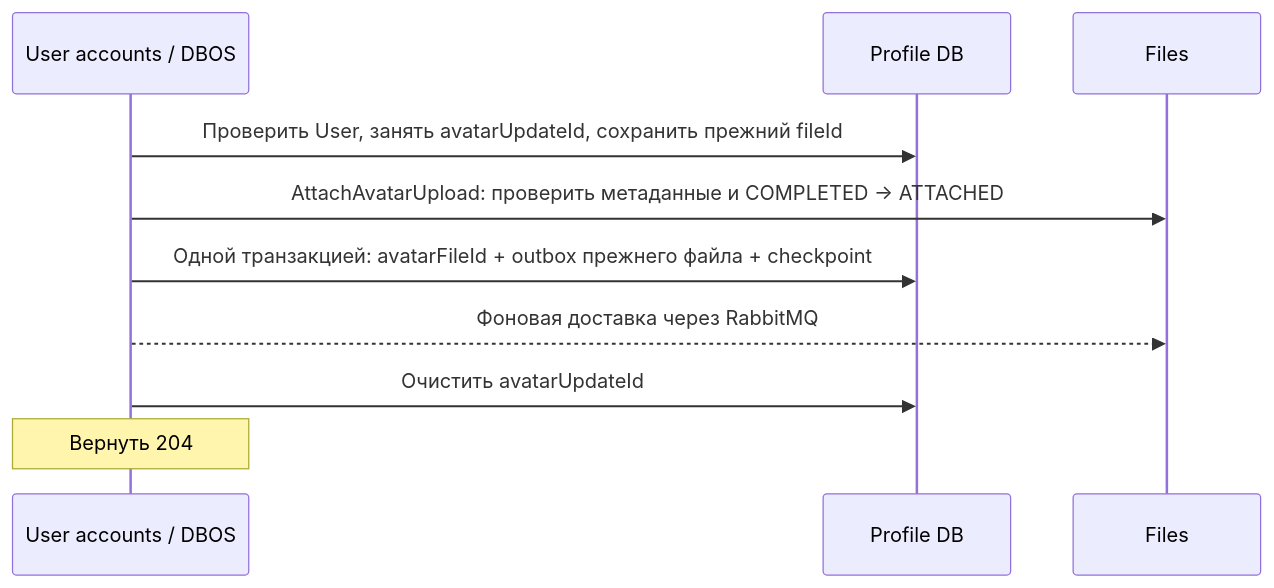
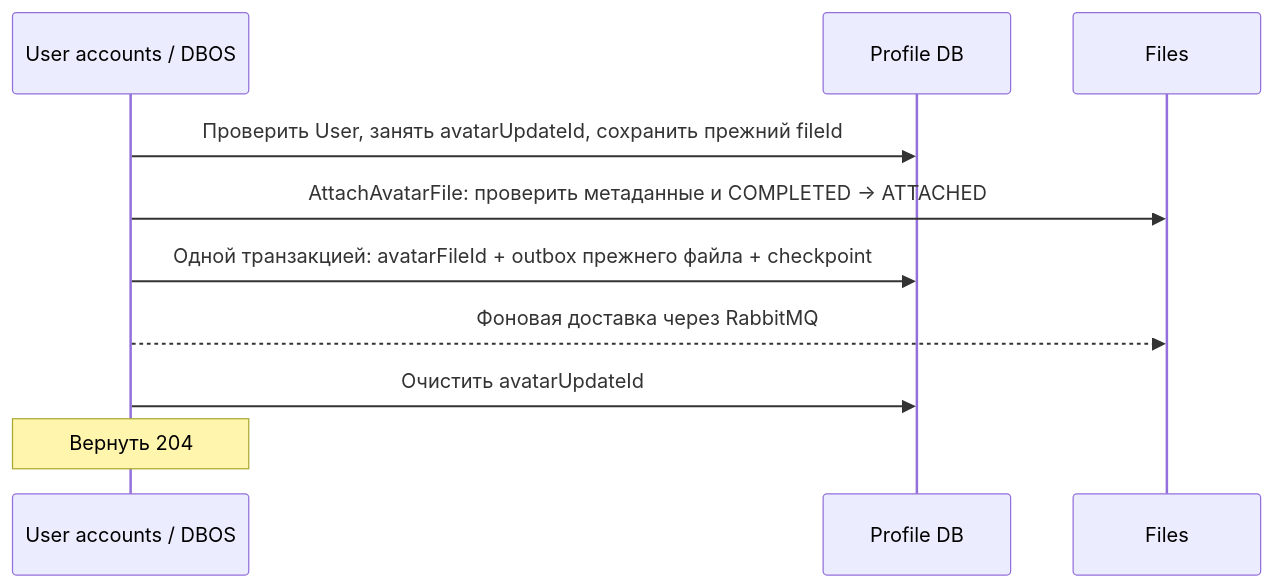
The diagram in docs/architecture/set-avatar.md (Inctargam/remarkgram-backend), drawn with Mermaid before and after one commit. The commit also changed other lines of this file and 83 other files, not shown here.

````diff
--- a/docs/architecture/set-avatar.md
+++ b/docs/architecture/set-avatar.md
@@ -51,12 +51,12 @@
 ```mermaid
 sequenceDiagram
     participant UA as User accounts / DBOS
     participant Profile as Profile DB
     participant Files as Files
     UA->>Profile: Проверить User, занять avatarUpdateId, сохранить прежний fileId
-    UA->>Files: AttachAvatarUpload: проверить метаданные и COMPLETED → ATTACHED
+    UA->>Files: AttachAvatarFile: проверить метаданные и COMPLETED → ATTACHED
     UA->>Profile: Одной транзакцией: avatarFileId + outbox прежнего файла + checkpoint
     UA-->>Files: Фоновая доставка через RabbitMQ
     UA->>Profile: Очистить avatarUpdateId
     Note over UA: Вернуть 204
 ```
````
